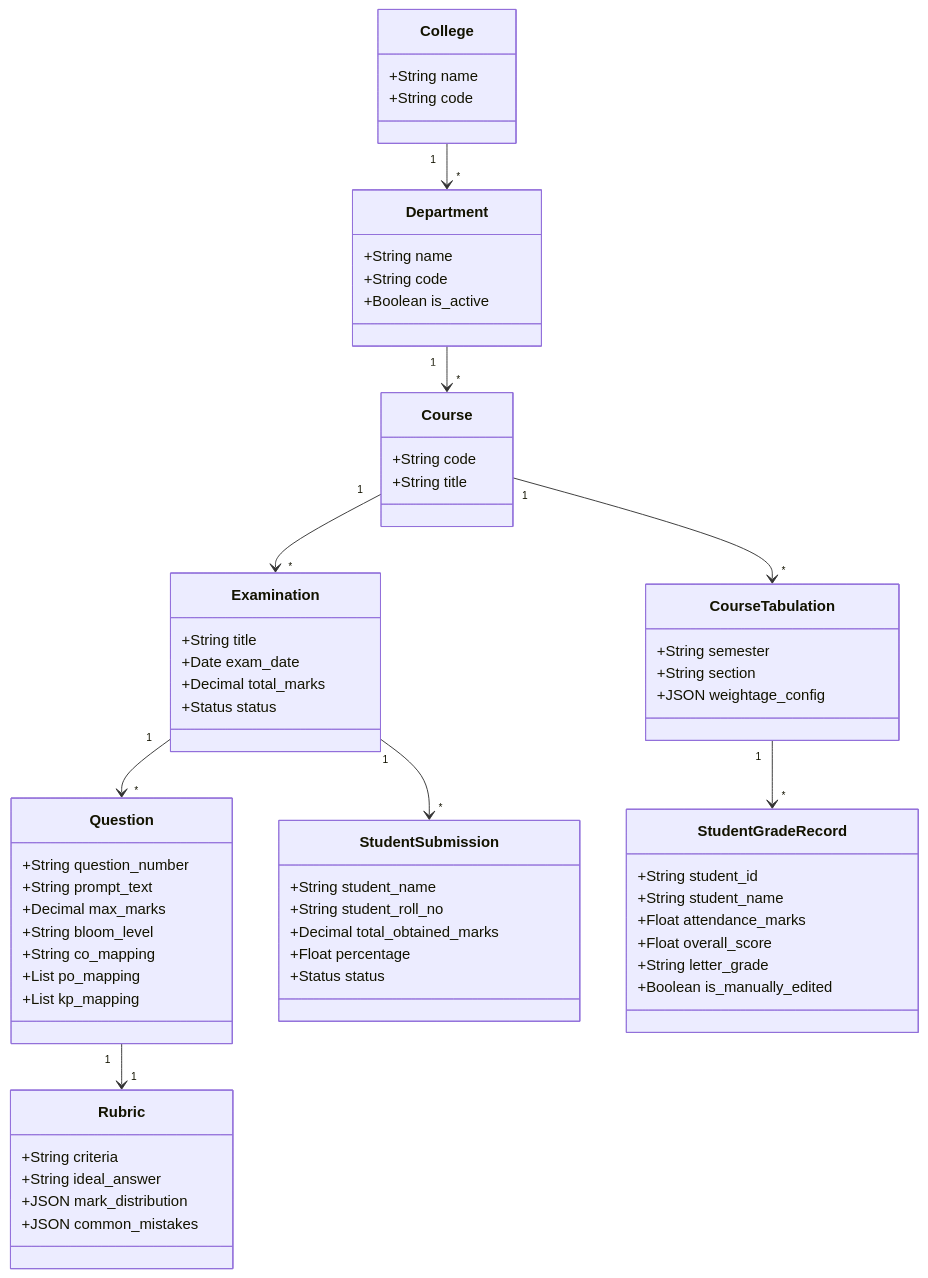
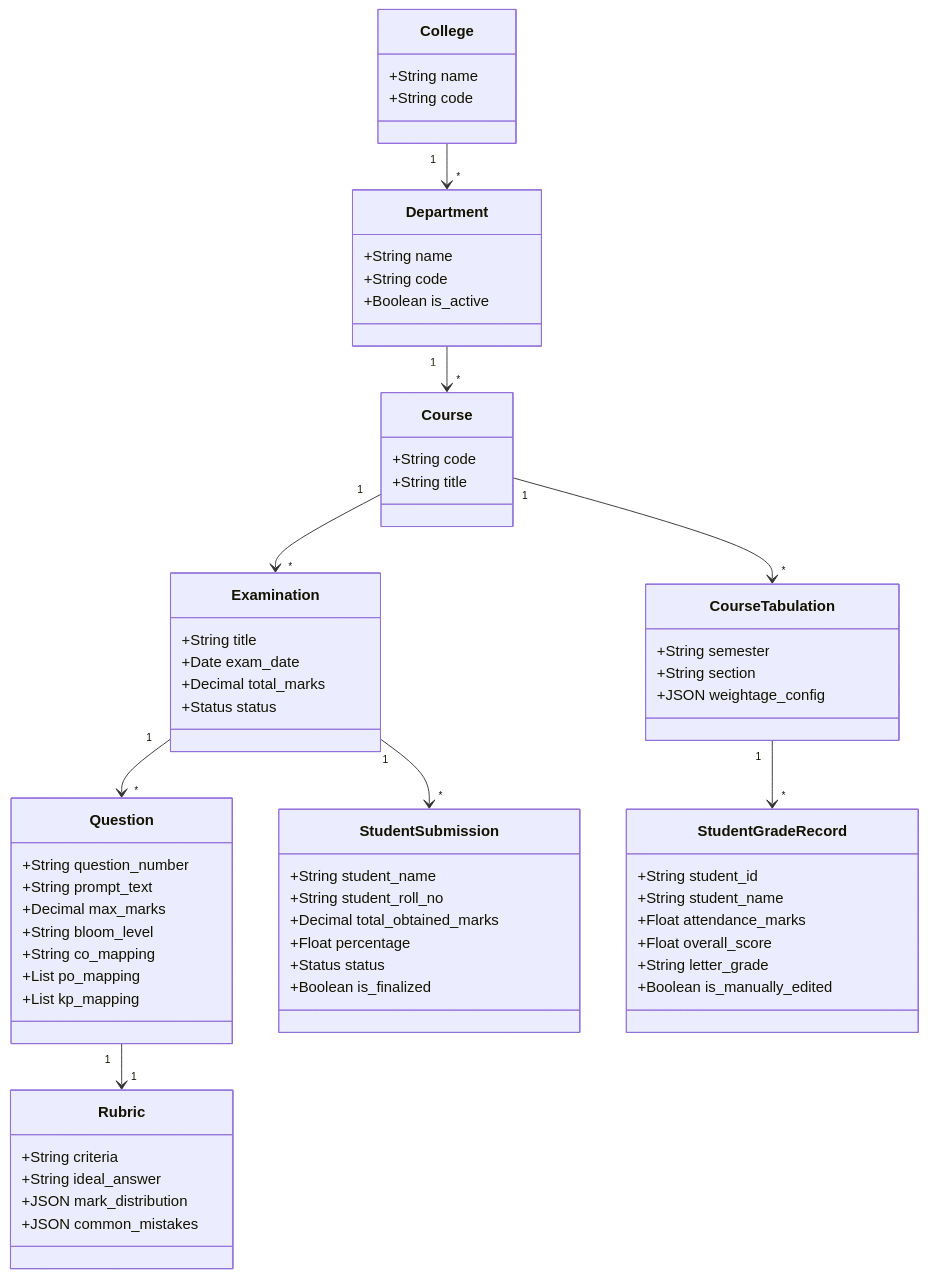
One commit to hijbullahx/IntelliGrade changed the diagram in docs/01-requirements/04-requirement-analysis.md. Above: the diagram before and after it, drawn with Mermaid. The commit also changed other lines of this file and 18 other files, not shown here.

Commit message:
docs: initialize project documentation suite including system architecture, requirements, and workflow design

````diff
--- a/docs/01-requirements/04-requirement-analysis.md
+++ b/docs/01-requirements/04-requirement-analysis.md
@@ -13,66 +13,67 @@
 ```mermaid
 classDiagram
     class College {
         +String name
         +String code
     }
     class Department {
         +String name
         +String code
         +Boolean is_active
     }
     class Course {
         +String code
         +String title
     }
     class Examination {
         +String title
         +Date exam_date
         +Decimal total_marks
         +Status status
     }
     class Question {
         +String question_number
         +String prompt_text
         +Decimal max_marks
         +String bloom_level
         +String co_mapping
         +List po_mapping
         +List kp_mapping
     }
     class Rubric {
         +String criteria
         +String ideal_answer
         +JSON mark_distribution
         +JSON common_mistakes
     }
     class StudentSubmission {
         +String student_name
         +String student_roll_no
         +Decimal total_obtained_marks
         +Float percentage
         +Status status
+        +Boolean is_finalized
     }
     class CourseTabulation {
         +String semester
         +String section
         +JSON weightage_config
     }
     class StudentGradeRecord {
         +String student_id
         +String student_name
         +Float attendance_marks
         +Float overall_score
         +String letter_grade
         +Boolean is_manually_edited
     }
 
     College "1" --> "*" Department
     Department "1" --> "*" Course
     Course "1" --> "*" Examination
     Course "1" --> "*" CourseTabulation
     CourseTabulation "1" --> "*" StudentGradeRecord
     Examination "1" --> "*" Question
     Examination "1" --> "*" StudentSubmission
     Question "1" --> "1" Rubric
 ```
````
